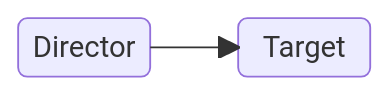
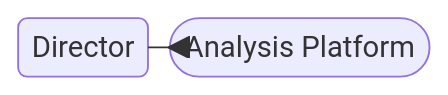
The second of 4 diagrams in docs/administration/targets/index.mdx (VirtualMetric/virtualmetric-docs), drawn with Mermaid before and after one commit. The commit also changed other lines of this file and 4 other files, not shown here.

````diff
--- a/docs/administration/targets/index.mdx
+++ b/docs/administration/targets/index.mdx
@@ -78,8 +66,7 @@
   ```mermaid
   block-beta
     columns 5
-    A("Director"):2
-    space
-    B("Target"):2
+    A("Director"):1
+    B(["Analysis Platform"]):2
     A --> B
   ```
````
